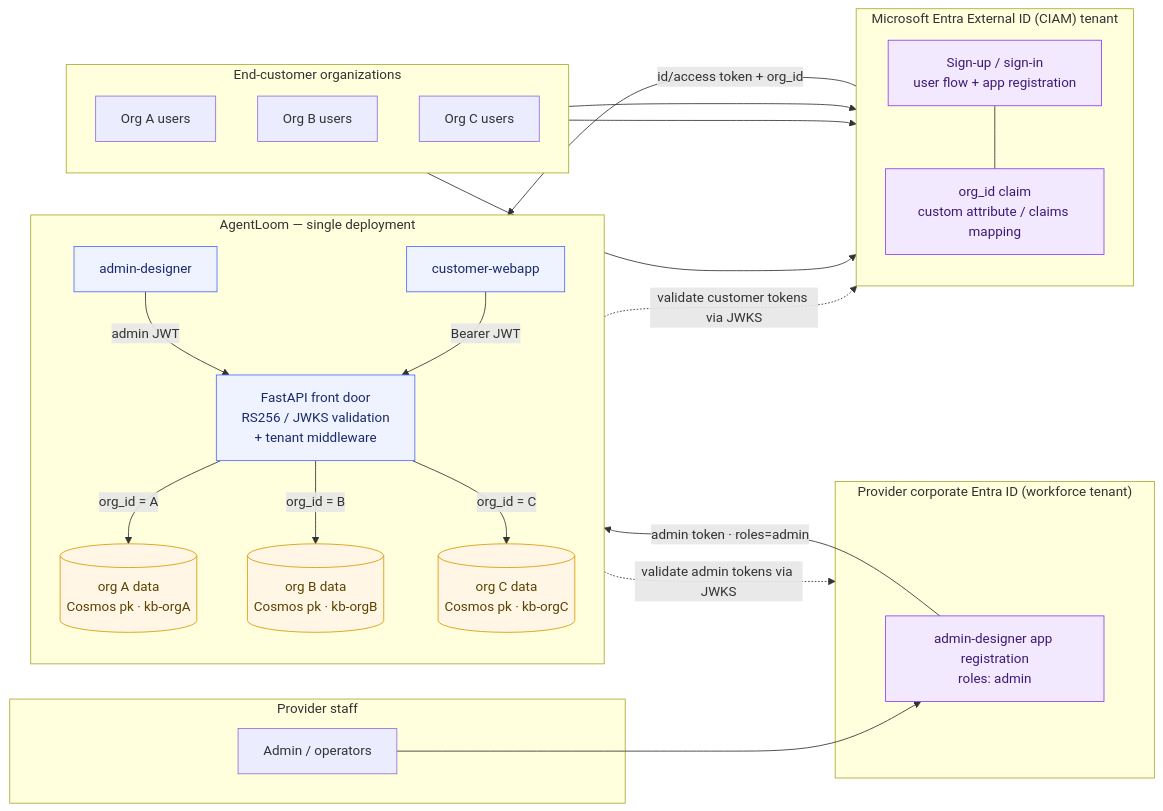
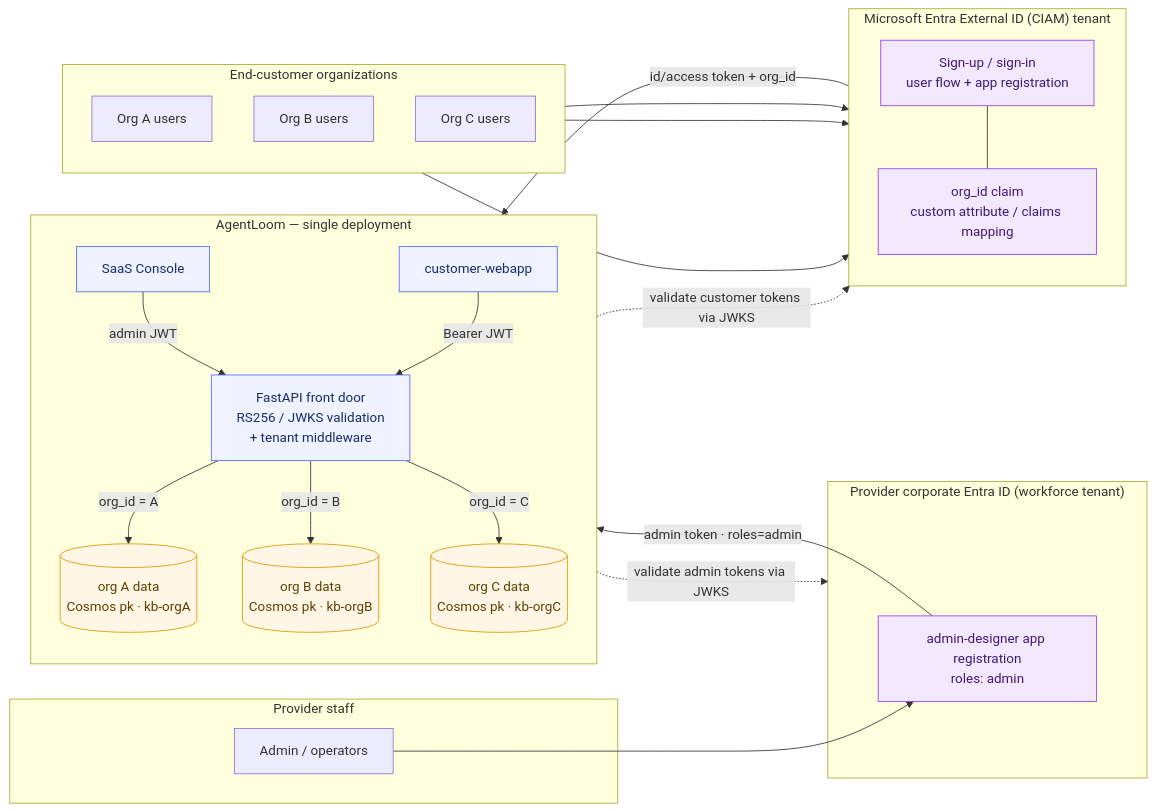
The second of 2 diagrams in README.md (pietrobr/agent-loom), drawn with Mermaid before and after one commit. The commit also changed other lines of this file and 1 other file, not shown here.

Commit message:
feat: Update README to replace 'admin-designer' with 'SaaS Console' for clarity

````diff
--- a/README.md
+++ b/README.md
@@ -128,55 +128,55 @@
 ```mermaid
 flowchart LR
     subgraph Admins["Provider staff"]
       OPS["Admin / operators"]
     end
     subgraph Orgs["End-customer organizations"]
       direction TB
       UA["Org A users"]
       UB["Org B users"]
       UC["Org C users"]
     end
 
     subgraph WF["Provider corporate Entra ID (workforce tenant)"]
       ADAPP["admin-designer app registration<br/>roles: admin"]
     end
 
     subgraph CIAM["Microsoft Entra External ID (CIAM) tenant"]
       direction TB
       UF["Sign-up / sign-in<br/>user flow + app registration"]
       CLAIM["org_id claim<br/>custom attribute / claims mapping"]
       UF --- CLAIM
     end
 
     subgraph Deploy["AgentLoom — single deployment"]
       direction TB
-      AD["admin-designer"]
+      AD["SaaS Console"]
       FE["customer-webapp"]
       API["FastAPI front door<br/>RS256 / JWKS validation<br/>+ tenant middleware"]
       DA[("org A data<br/>Cosmos pk · kb-orgA")]
       DB[("org B data<br/>Cosmos pk · kb-orgB")]
       DC[("org C data<br/>Cosmos pk · kb-orgC")]
     end
 
     OPS --> ADAPP
     UA --> UF
     UB --> UF
     UC --> UF
 
     ADAPP -- "admin token · roles=admin" --> AD
     CLAIM -- "id/access token + org_id" --> FE
     AD -- "admin JWT" --> API
     FE -- "Bearer JWT" --> API
     API -. "validate admin tokens via JWKS" .-> WF
     API -. "validate customer tokens via JWKS" .-> CIAM
     API -- "org_id = A" --> DA
     API -- "org_id = B" --> DB
     API -- "org_id = C" --> DC
 
     classDef store fill:#fff6e6,stroke:#d89a00,color:#5b4300;
     classDef compute fill:#eef3ff,stroke:#4F6BFF,color:#1b2a6b;
     classDef idp fill:#f3e9ff,stroke:#8a3ffc,color:#3d1a73;
     class DA,DB,DC store;
     class AD,FE,API compute;
     class UF,CLAIM,ADAPP idp;
 ```
````
